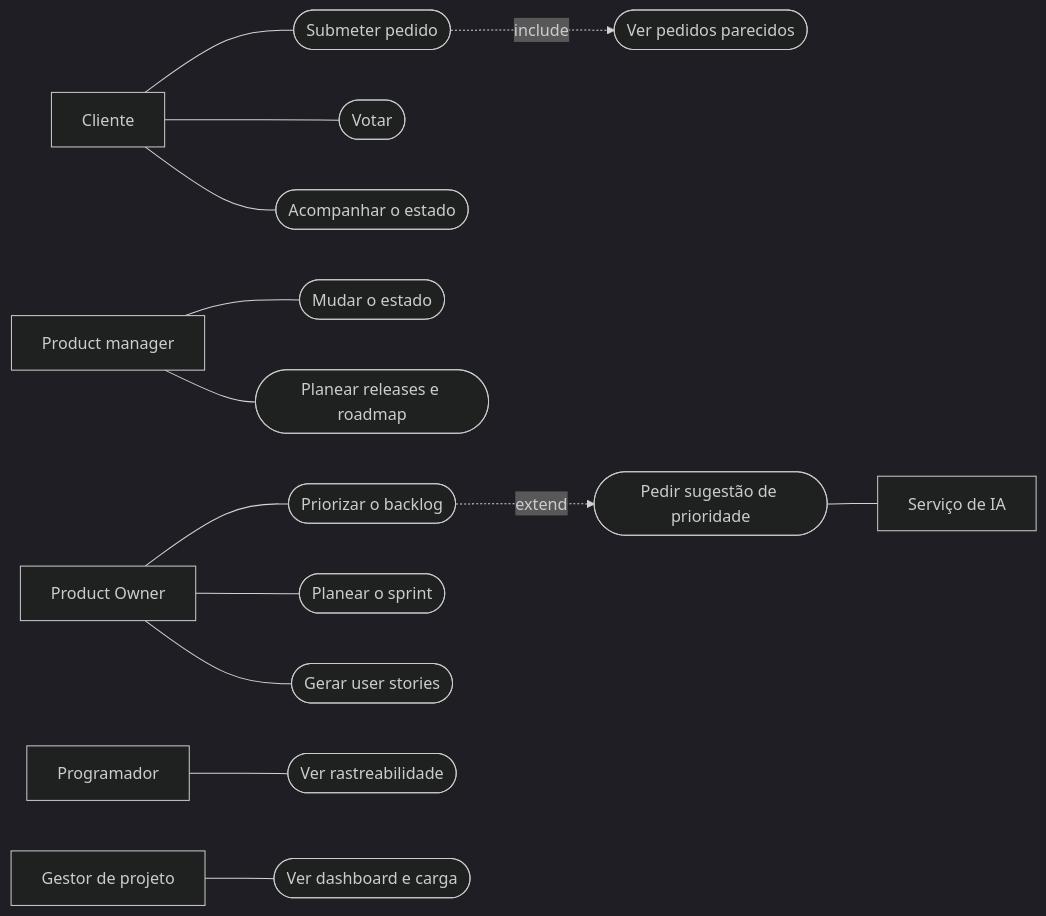
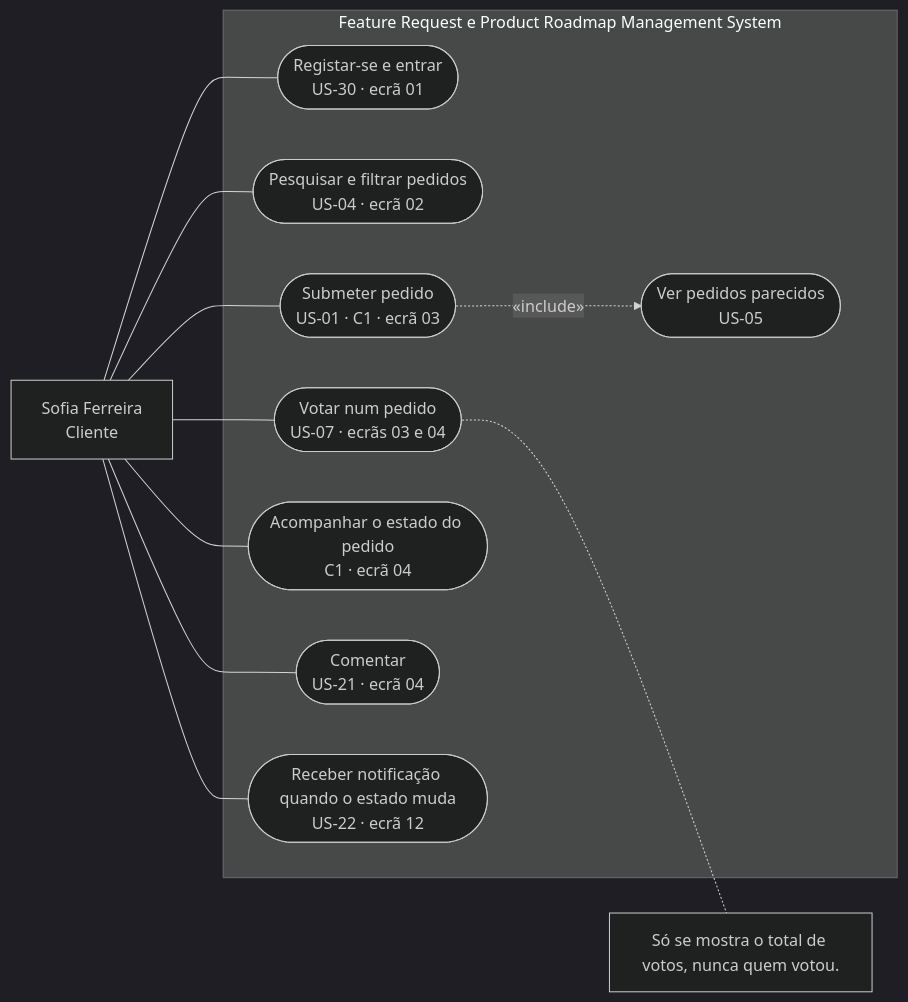
One commit to TiagoPereira001/Engenharia-de-Software changed the first of 5 diagrams in wiki/05-modelacao/casos-de-uso.md. Above: the diagram before and after it, drawn with Mermaid (dark theme). The commit also changed other lines of this file and 15 other files, not shown here.

````diff
--- a/wiki/05-modelacao/casos-de-uso.md
+++ b/wiki/05-modelacao/casos-de-uso.md
@@ -9,16 +11,24 @@
 ```mermaid
 flowchart LR
-    cliente["Cliente"] --- uc2(["Submeter pedido"])
-    cliente --- uc4(["Votar"])
-    cliente --- uc6(["Acompanhar o estado"])
-    uc2 -.->|include| uc3(["Ver pedidos parecidos"])
-    pm["Product manager"] --- uc8(["Mudar o estado"])
-    pm --- uc14(["Planear releases e roadmap"])
-    po["Product Owner"] --- uc9(["Priorizar o backlog"])
-    uc9 -.->|extend| uc10(["Pedir sugestão de prioridade"])
-    uc10 --- ia["Serviço de IA"]
-    po --- uc12(["Planear o sprint"])
-    po --- uc13(["Gerar user stories"])
-    prog["Programador"] --- uc15(["Ver rastreabilidade"])
-    gp["Gestor de projeto"] --- uc16(["Ver dashboard e carga"])
+    sofia["Sofia Ferreira<br/>Cliente"]
+    subgraph sistema ["Feature Request e Product Roadmap Management System"]
+        uc1(["Registar-se e entrar<br/>US-30 · ecrã 01"])
+        uc2(["Pesquisar e filtrar pedidos<br/>US-04 · ecrã 02"])
+        uc3(["Submeter pedido<br/>US-01 · C1 · ecrã 03"])
+        uc4(["Ver pedidos parecidos<br/>US-05"])
+        uc5(["Votar num pedido<br/>US-07 · ecrãs 03 e 04"])
+        uc6(["Acompanhar o estado do pedido<br/>C1 · ecrã 04"])
+        uc7(["Comentar<br/>US-21 · ecrã 04"])
+        uc8(["Receber notificação quando o estado muda<br/>US-22 · ecrã 12"])
+    end
+    nota["Só se mostra o total de votos, nunca quem votou."]
+    sofia --- uc1
+    sofia --- uc2
+    sofia --- uc3
+    sofia --- uc5
+    sofia --- uc6
+    sofia --- uc7
+    sofia --- uc8
+    uc3 -.->|"«include»"| uc4
+    uc5 -.- nota
 ```
````
